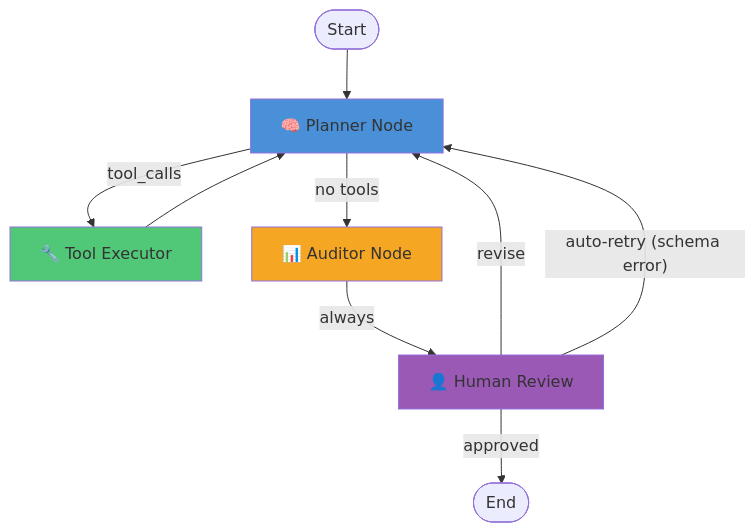
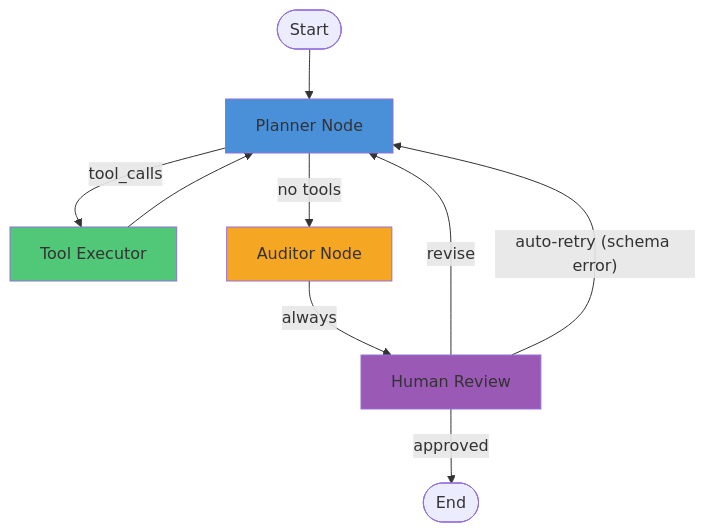
The first of 2 diagrams in backend/docs/AGENT_GRAPH.md (aryamaansaha/coastline), drawn with Mermaid before and after one commit.

````diff
--- a/backend/docs/AGENT_GRAPH.md
+++ b/backend/docs/AGENT_GRAPH.md
@@ -11,25 +11,25 @@
 ```mermaid
 flowchart TD
     START([Start]) --> Planner
     
-    Planner[🧠 Planner Node]
-    Tools[🔧 Tool Executor]
-    Auditor[📊 Auditor Node]
-    Review[👤 Human Review]
+    Planner[Planner Node]
+    Tools[Tool Executor]
+    Auditor[Auditor Node]
+    Review[Human Review]
     END([End])
     
     Planner -->|"tool_calls"| Tools
     Planner -->|"no tools"| Auditor
     Tools --> Planner
     
     Auditor -->|"always"| Review
     
     Review -->|"approved"| END
     Review -->|"revise"| Planner
     Review -->|"auto-retry (schema error)"| Planner
 
     style Planner fill:#4a90d9
     style Tools fill:#50c878
     style Auditor fill:#f5a623
     style Review fill:#9b59b6
 ```
````
